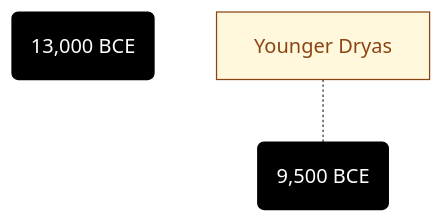
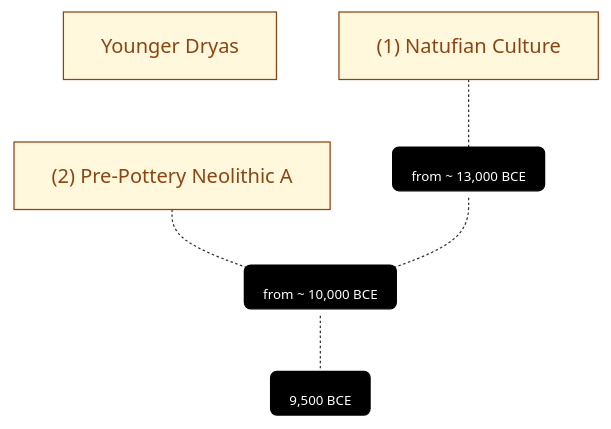
One commit to joe-dorward/samples changed the diagram in 0000_General/timeline_v1.01.md. Above: the diagram before and after it, drawn with Mermaid.

````diff
--- a/0000_General/timeline_v1.01.md
+++ b/0000_General/timeline_v1.01.md
@@ -1,19 +1,34 @@
 ```mermaid
 flowchart TD
   %%classDef When height:90px, valign:top, fill:black, color:white, stroke:black, font-family:verdana, font-size:12pt, padding:0px;
   %%classDef What fill:cornsilk, stroke:saddlebrown, color:saddlebrown, font-family:verdana, text-align:left, margin:8px;
-  classDef When fill:black, color:white, stroke:black;
+
+  classDef When fill:black, color:white, stroke:black, font-size:8pt, height:35px, padding:0px, margin:0px;
   classDef What fill:cornsilk, stroke:saddlebrown, color:saddlebrown, text-align:left;
 
-  13000("13,000 BCE")
+  13000("from ~ 13,000 BCE")
+  10000("from ~ 10,000 BCE")
   9500("9,500 BCE")
+
   YOUNGER_DRYAS["Younger Dryas"]
+  NATUFIAN["(1) Natufian Culture"]
+  PPNA["(2) Pre-Pottery Neolithic A"]
 
-  class 9500,13000,10000 When;
-  class YOUNGER_DRYAS What;
+  class YOUNGER_DRYAS,NATUFIAN,PPNA What;
+  class 9500,10000,13000,10000 When;
 
-  YOUNGER_DRYAS-.-
+
+
+
+
+  YOUNGER_DRYAS
+
+  NATUFIAN-.-13000
+  PPNA-.-10000
+
+  13000-.-
+  10000-.-
   9500
 
 
 ```
````
